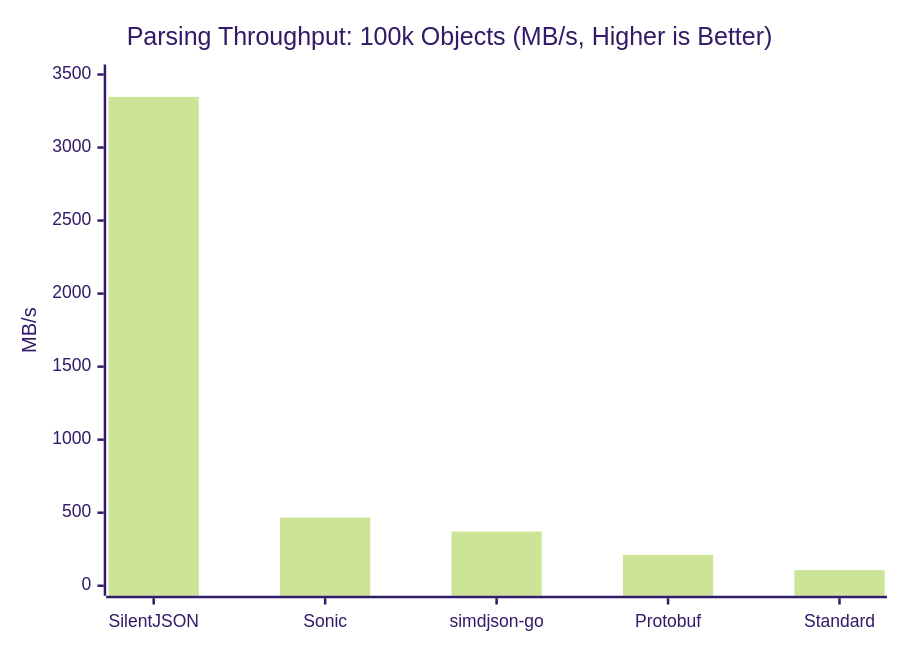
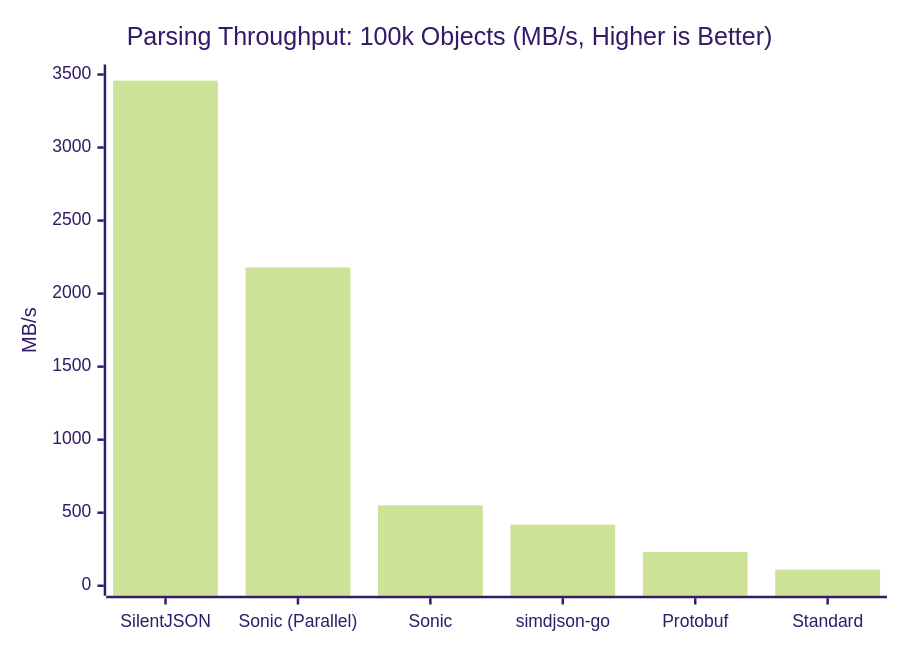
Before and after one commit to GenshIv/silentjson: the first of 7 diagrams in README.md, drawn with Mermaid (forest theme). The commit also changed other lines of this file and 5 other files, not shown here.

````diff
--- a/README.md
+++ b/README.md
@@ -55,7 +56,7 @@
 ```mermaid
 xychart-beta
     title "Parsing Throughput: 100k Objects (MB/s, Higher is Better)"
-    x-axis ["SilentJSON", "Sonic", "simdjson-go", "Protobuf", "Standard"]
+    x-axis ["SilentJSON", "Sonic (Parallel)", "Sonic", "simdjson-go", "Protobuf", "Standard"]
     y-axis "MB/s" 0 --> 3500
-    bar [3347, 467, 371, 211, 107]
+    bar [3458, 2179, 551, 419, 232, 110]
 ```
````
